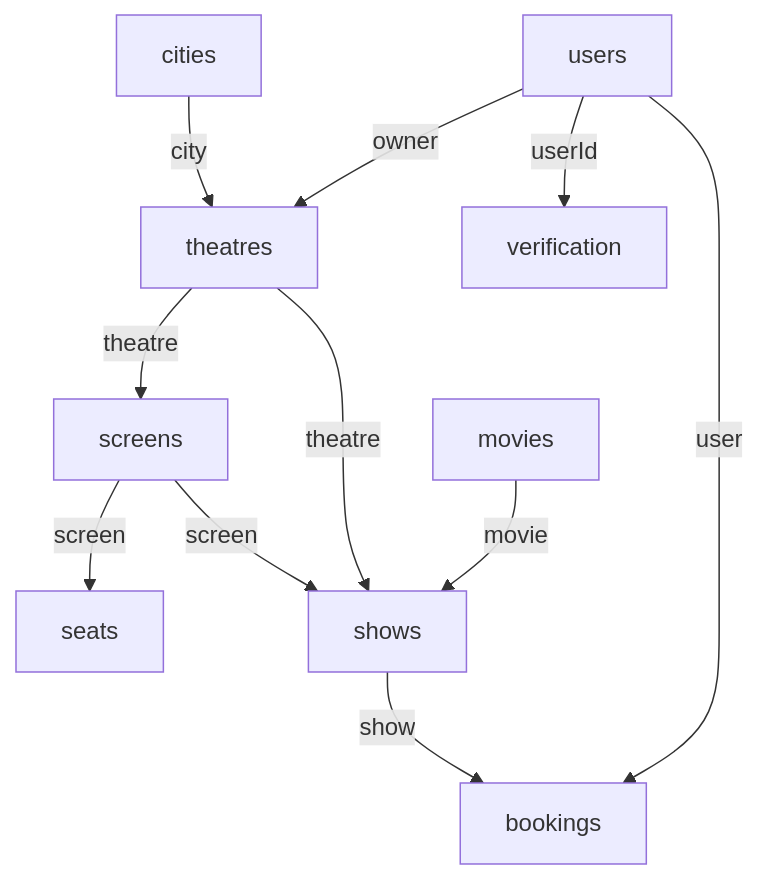
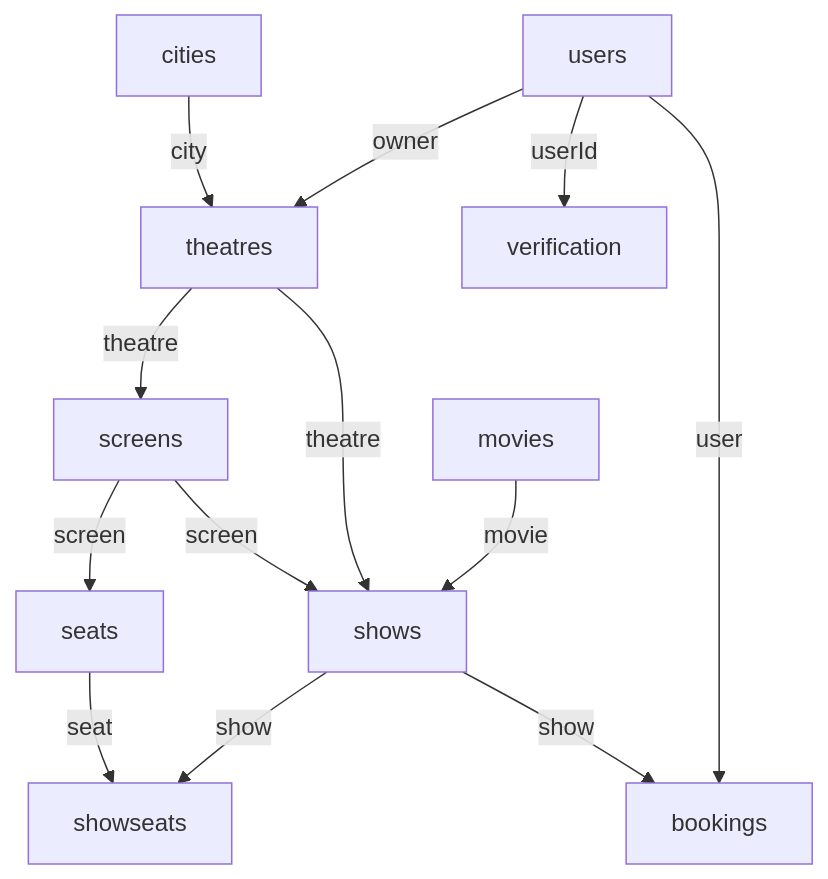
Before and after one commit to Shravan-509/BookMyShow: the diagram in docs/DATABASE_SCHEMA.md, drawn with Mermaid. The commit also changed other lines of this file and 10 other files, not shown here.

````diff
--- a/docs/DATABASE_SCHEMA.md
+++ b/docs/DATABASE_SCHEMA.md
@@ -183,24 +212,27 @@
 ```mermaid
 flowchart TD
 
     User["users"]
     Theatre["theatres"]
     City["cities"]
     Booking["bookings"]
     Verification["verification"]
     Movie["movies"]
     Screen["screens"]
     Seat["seats"]
     Show["shows"]
+    ShowSeat["showseats"]
 
     User -->|owner| Theatre
     City -->|city| Theatre
     User -->|user| Booking
     User -->|userId| Verification
     Movie -->|movie| Show
     Theatre -->|theatre| Screen
     Screen -->|screen| Seat
     Theatre -->|theatre| Show
     Screen -->|screen| Show
+    Show -->|show| ShowSeat
+    Seat -->|seat| ShowSeat
     Show -->|show| Booking
 ```
````
